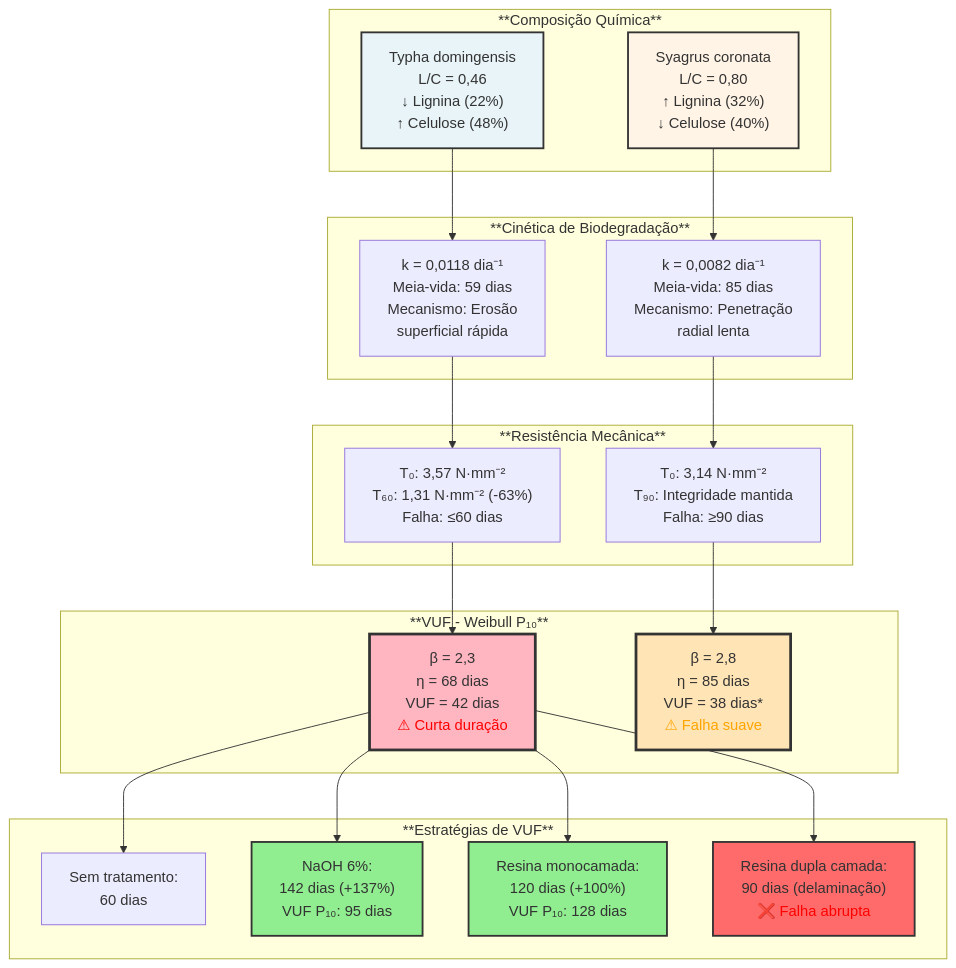
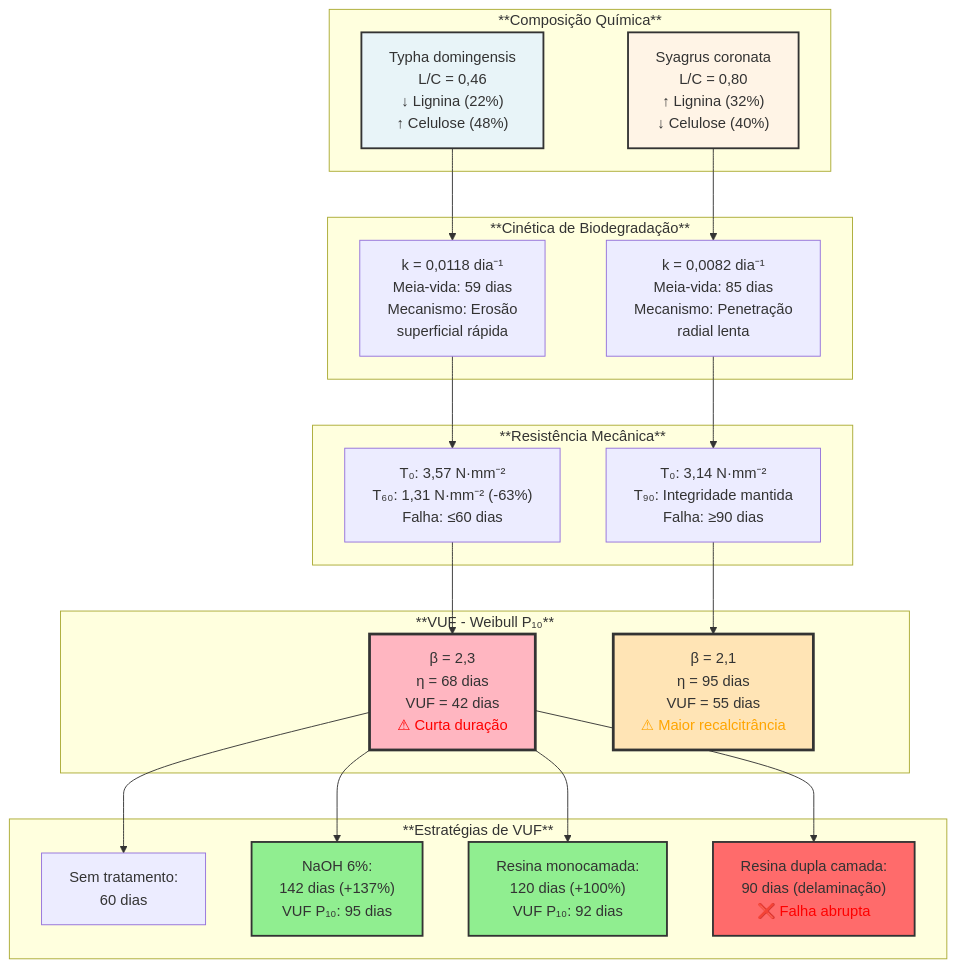
One commit to ldvsantos-uefs/revisao-sistematica-geotexteis changed the diagram in 3-IMAGENS/figura_2.mmd. Above: the diagram before and after it, drawn with Mermaid. The commit also changed 8 other files, not shown here.

```diff
--- a/3-IMAGENS/figura_2.mmd
+++ b/3-IMAGENS/figura_2.mmd
@@ -1,46 +1,46 @@
 graph TD
     subgraph "**Composição Química**"
         A1["Typha domingensis<br/>L/C = 0,46<br/>↓ Lignina (22%)<br/>↑ Celulose (48%)"]
         A2["Syagrus coronata<br/>L/C = 0,80<br/>↑ Lignina (32%)<br/>↓ Celulose (40%)"]
     end
     
     subgraph "**Cinética de Biodegradação**"
         B1["k = 0,0118 dia⁻¹<br/>Meia-vida: 59 dias<br/>Mecanismo: Erosão<br/>superficial rápida"]
         B2["k = 0,0082 dia⁻¹<br/>Meia-vida: 85 dias<br/>Mecanismo: Penetração<br/>radial lenta"]
     end
     
     subgraph "**Resistência Mecânica**"
         C1["T₀: 3,57 N·mm⁻²<br/>T₆₀: 1,31 N·mm⁻² (-63%)<br/>Falha: ≤60 dias"]
         C2["T₀: 3,14 N·mm⁻²<br/>T₉₀: Integridade mantida<br/>Falha: ≥90 dias"]
     end
     
     subgraph "**VUF - Weibull P₁₀**"
         D1["β = 2,3<br/>η = 68 dias<br/>VUF = 42 dias<br/><span style='color:red'>⚠ Curta duração</span>"]
-        D2["β = 2,8<br/>η = 85 dias<br/>VUF = 38 dias*<br/><span style='color:orange'>⚠ Falha suave</span>"]
+        D2["β = 2,1<br/>η = 95 dias<br/>VUF = 55 dias<br/><span style='color:orange'>⚠ Maior recalcitrância</span>"]
     end
     
     subgraph "**Estratégias de VUF**"
         E1["Sem tratamento:<br/>60 dias"]
         E2["NaOH 6%:<br/>142 dias (+137%)<br/>VUF P₁₀: 95 dias"]
-        E3["Resina monocamada:<br/>120 dias (+100%)<br/>VUF P₁₀: 128 dias"]
+        E3["Resina monocamada:<br/>120 dias (+100%)<br/>VUF P₁₀: 92 dias"]
         E4["Resina dupla camada:<br/>90 dias (delaminação)<br/><span style='color:red'>❌ Falha abrupta</span>"]
     end
     
     A1 --> B1
     A2 --> B2
     B1 --> C1
     B2 --> C2
     C1 --> D1
     C2 --> D2
     D1 --> E1
     D1 --> E2
     D1 --> E3
     D1 --> E4
     
     style A1 fill:#E8F4F8,stroke:#333,stroke-width:2px
     style A2 fill:#FFF4E6,stroke:#333,stroke-width:2px
     style D1 fill:#FFB6C1,stroke:#333,stroke-width:3px
     style D2 fill:#FFE4B5,stroke:#333,stroke-width:3px
     style E2 fill:#90EE90,stroke:#333,stroke-width:2px
     style E3 fill:#90EE90,stroke:#333,stroke-width:2px
     style E4 fill:#FF6B6B,stroke:#333,stroke-width:2px
```
